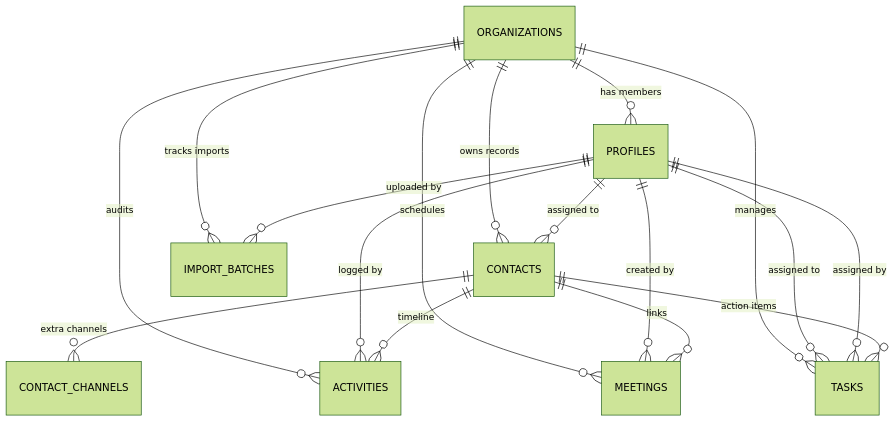
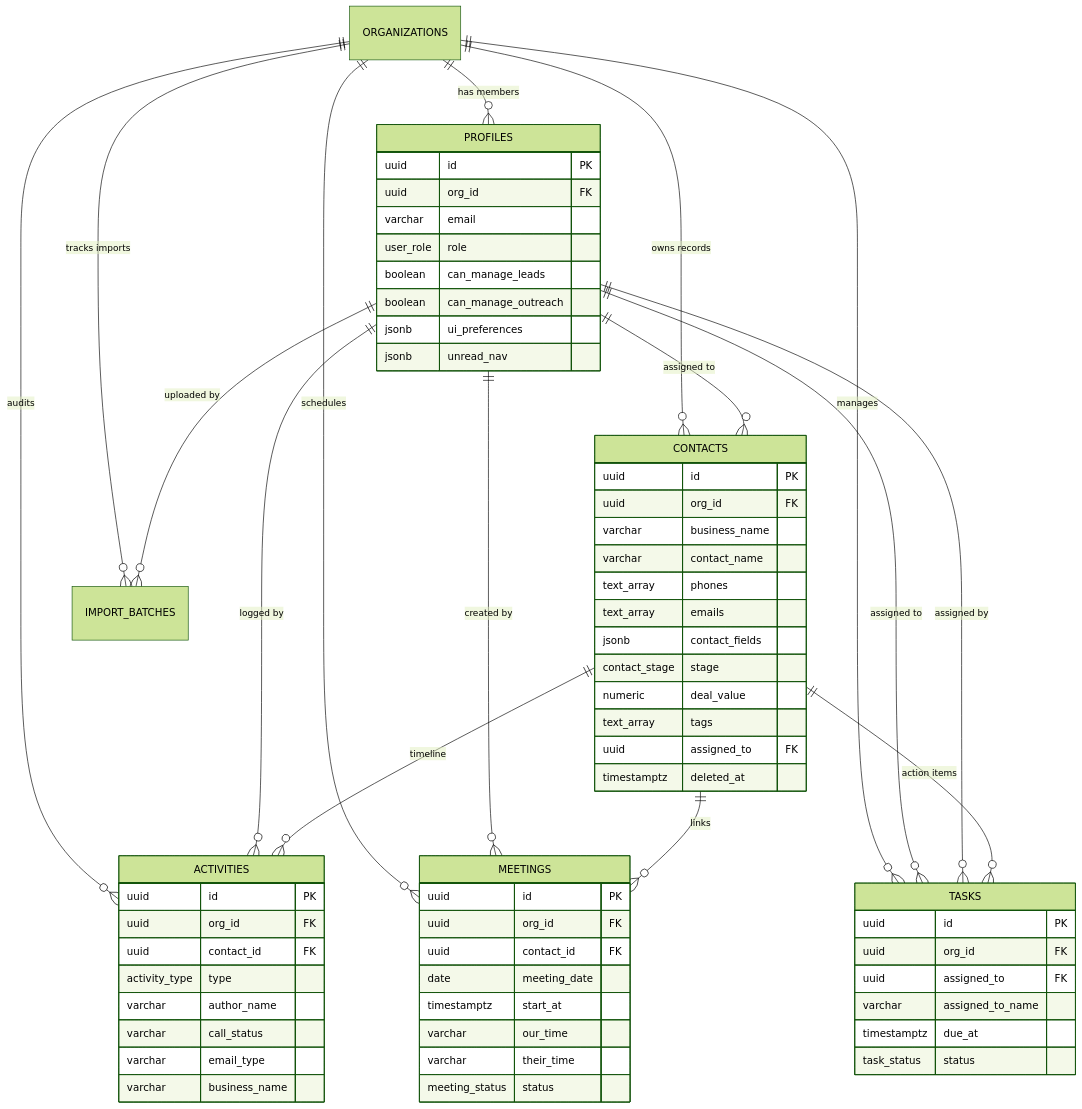
One commit to M-Taqi796/TeraFlow-CRM changed the diagram in BACKEND_ARCHITECTURE.md. Above: the diagram before and after it, drawn with Mermaid (forest theme). The commit also changed other lines of this file and 1 other file, not shown here.

Commit message:
updated: Backend architecture plan

````diff
--- a/BACKEND_ARCHITECTURE.md
+++ b/BACKEND_ARCHITECTURE.md
@@ -637,21 +403,77 @@
 ```mermaid
 erDiagram
     ORGANIZATIONS ||--o{ PROFILES : "has members"
     ORGANIZATIONS ||--o{ CONTACTS : "owns records"
     ORGANIZATIONS ||--o{ MEETINGS : "schedules"
     ORGANIZATIONS ||--o{ TASKS : "manages"
     ORGANIZATIONS ||--o{ ACTIVITIES : "audits"
     ORGANIZATIONS ||--o{ IMPORT_BATCHES : "tracks imports"
 
     PROFILES ||--o{ CONTACTS : "assigned to"
     PROFILES ||--o{ TASKS : "assigned to"
     PROFILES ||--o{ TASKS : "assigned by"
     PROFILES ||--o{ MEETINGS : "created by"
     PROFILES ||--o{ ACTIVITIES : "logged by"
     PROFILES ||--o{ IMPORT_BATCHES : "uploaded by"
 
-    CONTACTS ||--o{ CONTACT_CHANNELS : "extra channels"
     CONTACTS ||--o{ ACTIVITIES : "timeline"
     CONTACTS ||--o{ MEETINGS : "links"
     CONTACTS ||--o{ TASKS : "action items"
+
+    CONTACTS {
+        uuid id PK
+        uuid org_id FK
+        varchar business_name
+        varchar contact_name
+        text_array phones
+        text_array emails
+        jsonb contact_fields
+        contact_stage stage
+        numeric deal_value
+        text_array tags
+        uuid assigned_to FK
+        timestamptz deleted_at
+    }
+
+    PROFILES {
+        uuid id PK
+        uuid org_id FK
+        varchar email
+        user_role role
+        boolean can_manage_leads
+        boolean can_manage_outreach
+        jsonb ui_preferences
+        jsonb unread_nav
+    }
+
+    ACTIVITIES {
+        uuid id PK
+        uuid org_id FK
+        uuid contact_id FK
+        activity_type type
+        varchar author_name
+        varchar call_status
+        varchar email_type
+        varchar business_name
+    }
+
+    MEETINGS {
+        uuid id PK
+        uuid org_id FK
+        uuid contact_id FK
+        date meeting_date
+        timestamptz start_at
+        varchar our_time
+        varchar their_time
+        meeting_status status
+    }
+
+    TASKS {
+        uuid id PK
+        uuid org_id FK
+        uuid assigned_to FK
+        varchar assigned_to_name
+        timestamptz due_at
+        task_status status
+    }
 ```
````
